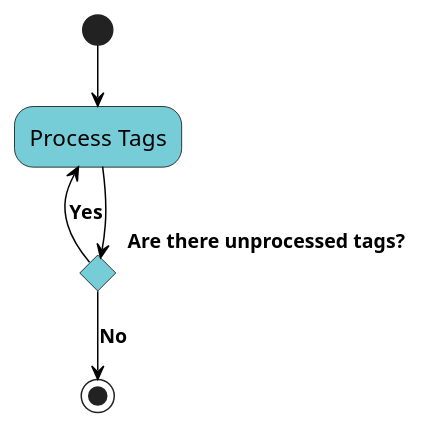
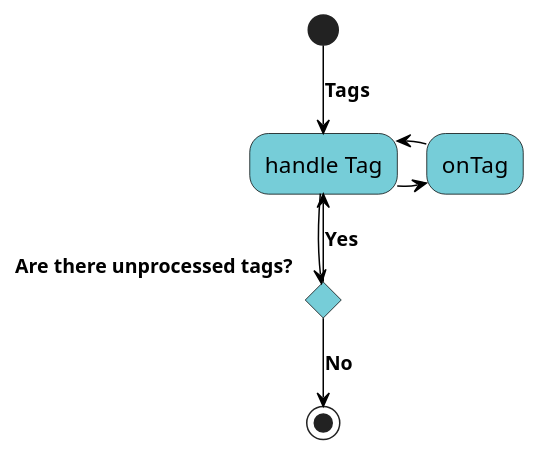
The diagram in src/data/tags.puml (gherking/gherking-docs), drawn with PlantUML before and after one commit. The commit also changed 11 other files, not shown here.

Commit message:
plantuml visualization of the precompiler

```diff
--- a/src/data/tags.puml
+++ b/src/data/tags.puml
@@ -1,17 +1,19 @@
 @startuml
 skinparam activity {
 BackgroundColor #76CDD8
 ArrowColor black
 ArrowFontSize 13
 ArrowFontStyle bold
 ArrowFontName Segoe UI
 BorderColor black
 FontName Segoe UI
 FontSize 15
 }
-(*) --> "Process Tags"
+(*) -->[Tags] "handle Tag"
+-right-> "onTag"
+-left-> "handle Tag"
 If "Are there unprocessed tags?"
--left-> [Yes] "Process Tags"
+--> [Yes] "handle Tag"
 else
 -->[No] (*)
 @enduml
```
